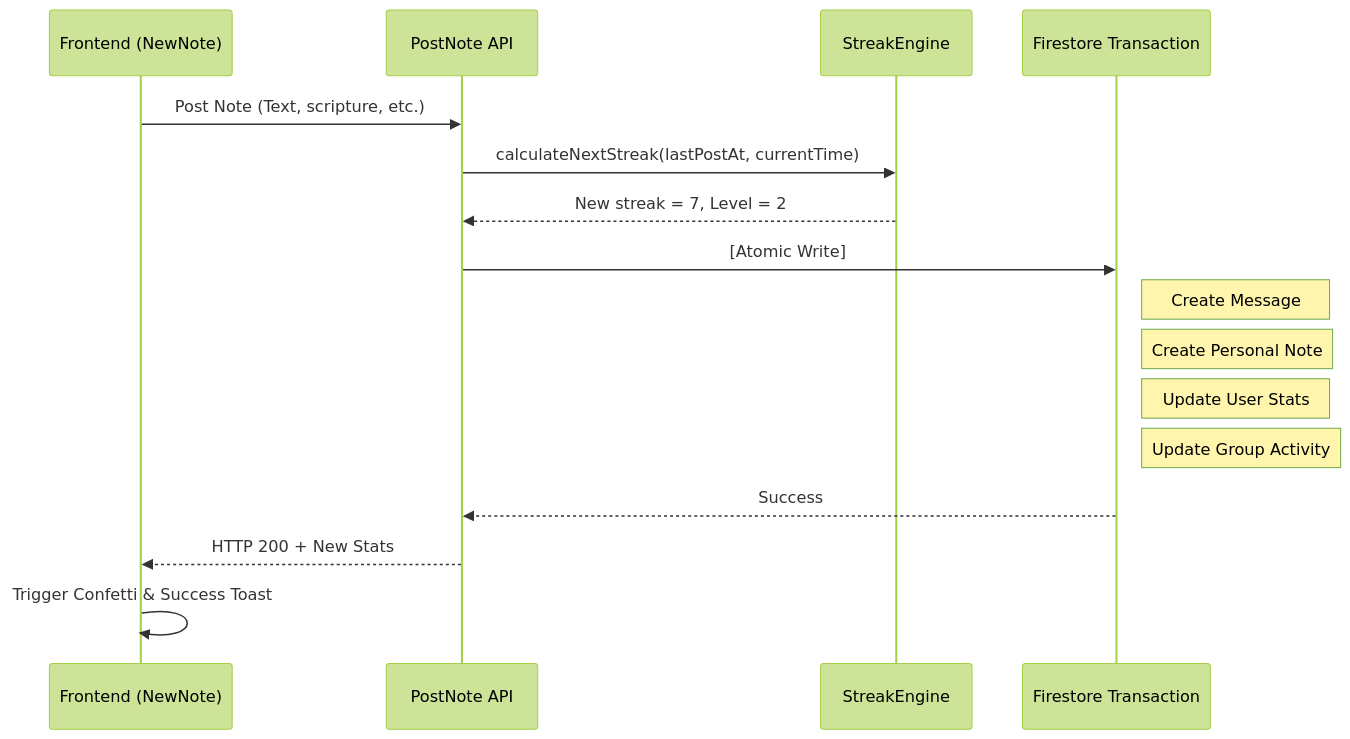
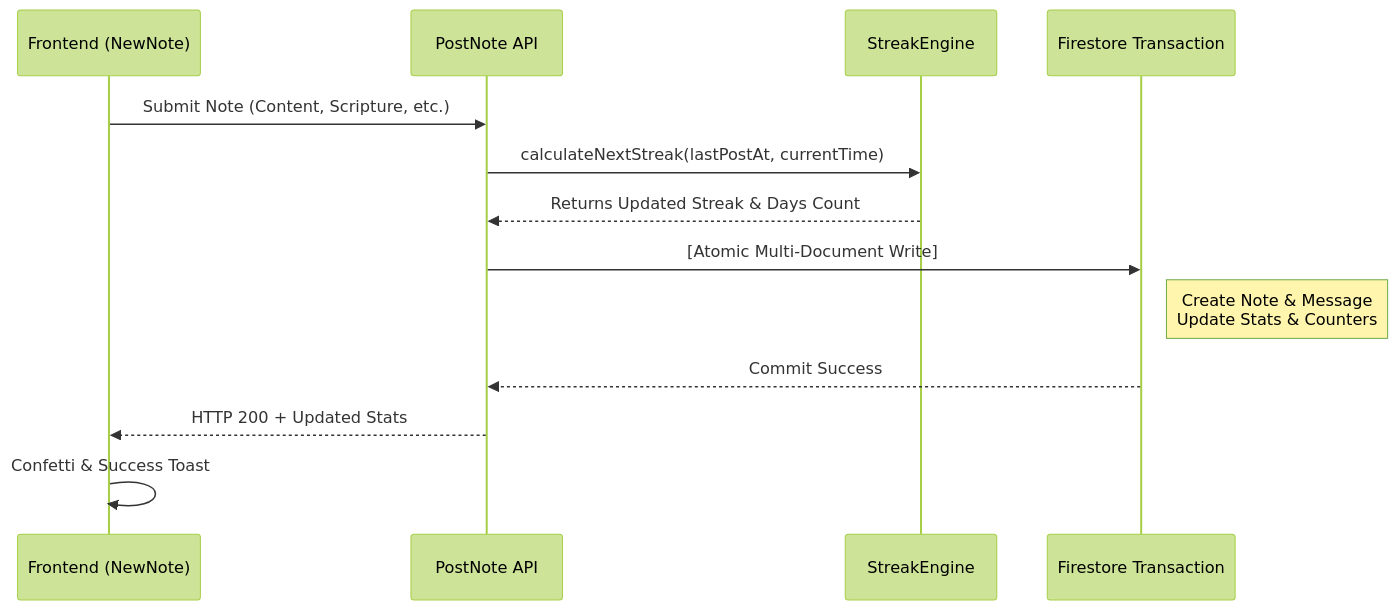
Before and after one commit to ScriptureHabit/scripture-habit: the diagram in docs/logic-note-posting.md, drawn with Mermaid (forest theme). The commit also changed other lines of this file and 19 other files, not shown here.

````diff
--- a/docs/logic-note-posting.md
+++ b/docs/logic-note-posting.md
@@ -118,19 +104,16 @@
 ```mermaid
 sequenceDiagram
     participant FE as Frontend (NewNote)
     participant API as PostNote API
     participant SE as StreakEngine
     participant DB as Firestore Transaction
     
-    FE->>API: Post Note (Text, scripture, etc.)
+    FE->>API: Submit Note (Content, Scripture, etc.)
     API->>SE: calculateNextStreak(lastPostAt, currentTime)
-    SE-->>API: New streak = 7, Level = 2
-    API->>DB: [Atomic Write]
-    Note right of DB: Create Message
-    Note right of DB: Create Personal Note
-    Note right of DB: Update User Stats
-    Note right of DB: Update Group Activity
-    DB-->>API: Success
-    API-->>FE: HTTP 200 + New Stats
-    FE->>FE: Trigger Confetti & Success Toast
+    SE-->>API: Returns Updated Streak & Days Count
+    API->>DB: [Atomic Multi-Document Write]
+    Note right of DB: Create Note & Message<br/>Update Stats & Counters
+    DB-->>API: Commit Success
+    API-->>FE: HTTP 200 + Updated Stats
+    FE->>FE: Confetti & Success Toast
 ```
````
